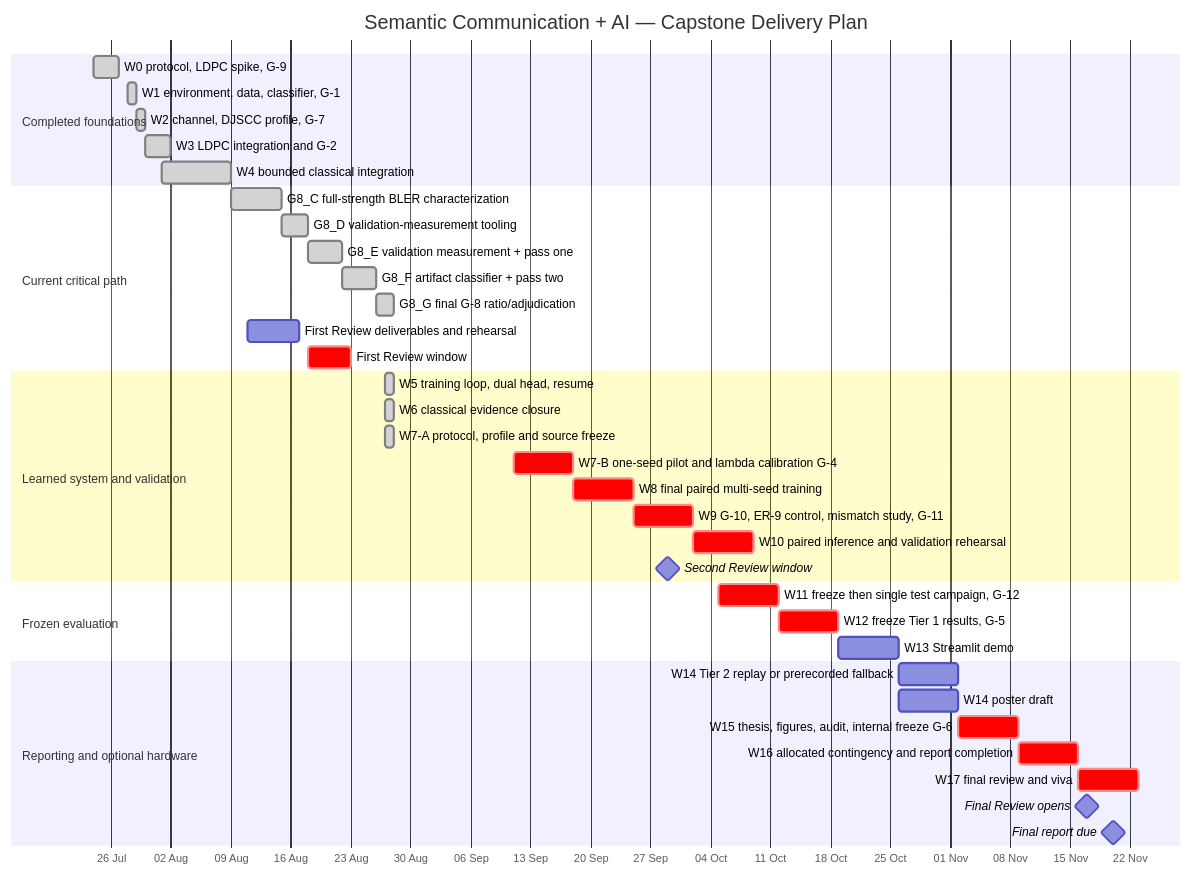
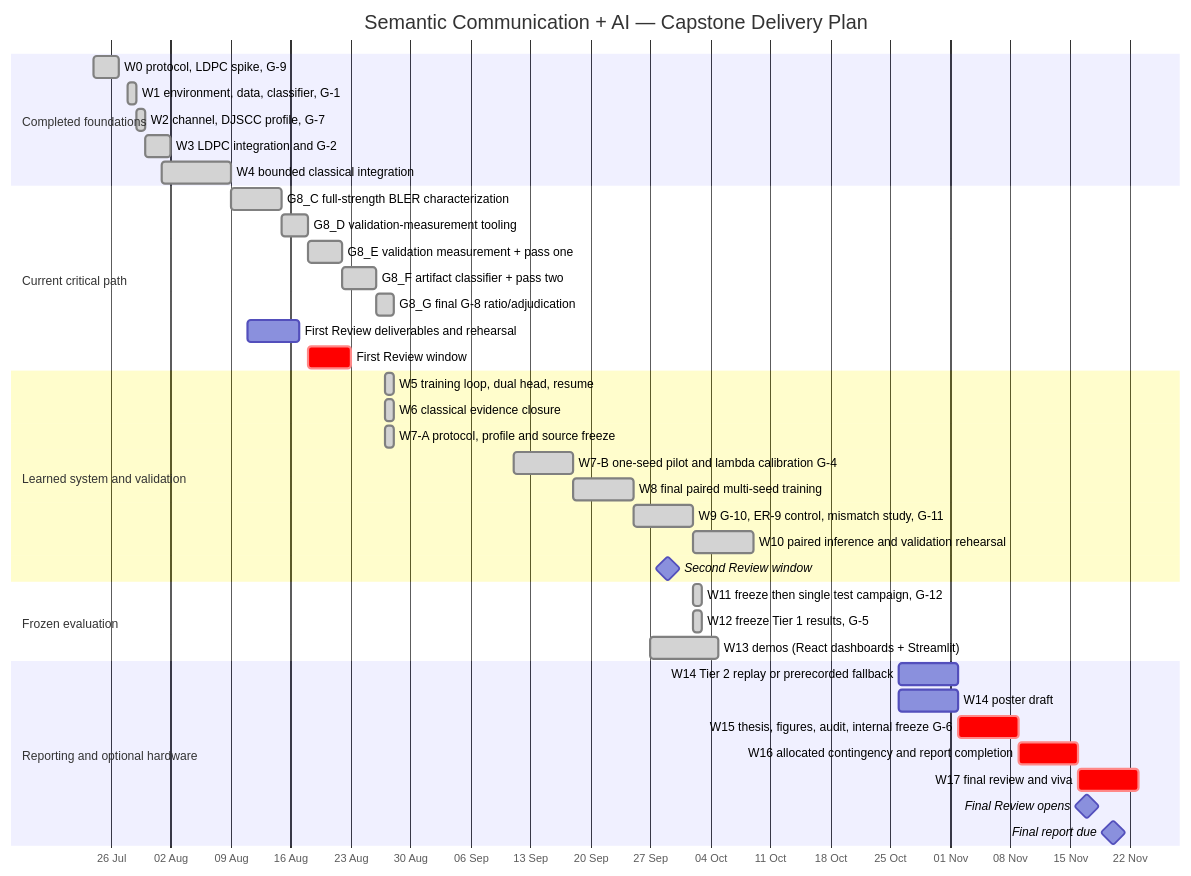
The diagram in docs/gantt-plan.md (nxck2005/capstone), drawn with Mermaid before and after one commit. The commit also changed other lines of this file and 16 other files, not shown here.

````diff
--- a/docs/gantt-plan.md
+++ b/docs/gantt-plan.md
@@ -27,46 +39,46 @@
 ```mermaid
 gantt
     title Semantic Communication + AI — Capstone Delivery Plan
     dateFormat  YYYY-MM-DD
     axisFormat  %d %b
 
     section Completed foundations
     W0 protocol, LDPC spike, G-9                    :done, w0, 2026-07-24, 2026-07-27
     W1 environment, data, classifier, G-1           :done, w1, 2026-07-28, 2026-07-29
     W2 channel, DJSCC profile, G-7                  :done, w2, 2026-07-29, 2026-07-30
     W3 LDPC integration and G-2                     :done, w3, 2026-07-30, 2026-08-02
     W4 bounded classical integration                :done, w4, 2026-08-01, 2026-08-09
 
     section Current critical path
     G8_C full-strength BLER characterization        :done, g8c, 2026-08-09, 2026-08-15
     G8_D validation-measurement tooling             :done, g8d, after g8c, 3d
     G8_E validation measurement + pass one          :done, g8e, 2026-08-18, 4d
     G8_F artifact classifier + pass two             :done, g8f, 2026-08-22, 4d
     G8_G final G-8 ratio/adjudication               :done, g8g, 2026-08-26, 2d
     First Review deliverables and rehearsal         :reviewdocs, 2026-08-11, 2026-08-17
     First Review window                             :crit, r1, 2026-08-18, 5d
 
     section Learned system and validation
     W5 training loop, dual head, resume             :done, w5, 2026-08-27, 1d
     W6 classical evidence closure                   :done, w6, 2026-08-27, 1d
     W7-A protocol, profile and source freeze        :done, w7a, 2026-08-27, 1d
-    W7-B one-seed pilot and lambda calibration G-4   :crit, w7, 2026-09-11, 7d
-    W8 final paired multi-seed training              :crit, w8, 2026-09-18, 7d
-    W9 G-10, ER-9 control, mismatch study, G-11     :crit, w9, 2026-09-25, 7d
-    W10 paired inference and validation rehearsal    :crit, w10, 2026-10-02, 7d
+    W7-B one-seed pilot and lambda calibration G-4   :done, w7, 2026-09-11, 7d
+    W8 final paired multi-seed training              :done, w8, 2026-09-18, 7d
+    W9 G-10, ER-9 control, mismatch study, G-11     :done, w9, 2026-09-25, 7d
+    W10 paired inference and validation rehearsal    :done, w10, 2026-10-02, 7d
     Second Review window                            :milestone, r2, 2026-09-29, 0d
 
     section Frozen evaluation
-    W11 freeze then single test campaign, G-12      :crit, w11, 2026-10-05, 7d
-    W12 freeze Tier 1 results, G-5                  :crit, w12, 2026-10-12, 7d
-    W13 Streamlit demo                              :w13, 2026-10-19, 7d
+    W11 freeze then single test campaign, G-12      :done, w11, 2026-10-02, 1d
+    W12 freeze Tier 1 results, G-5                  :done, w12, 2026-10-02, 1d
+    W13 demos (React dashboards + Streamlit)        :done, w13, 2026-09-27, 2026-10-05
 
     section Reporting and optional hardware
     W14 Tier 2 replay or prerecorded fallback       :w14, 2026-10-26, 7d
     W14 poster draft                                :poster, 2026-10-26, 7d
     W15 thesis, figures, audit, internal freeze G-6 :crit, w15, 2026-11-02, 7d
     W16 allocated contingency and report completion :crit, w16, 2026-11-09, 7d
     W17 final review and viva                       :crit, w17, 2026-11-16, 7d
     Final Review opens                              :milestone, r3, 2026-11-17, 0d
     Final report due                                :milestone, report, 2026-11-20, 0d
 ```
````
